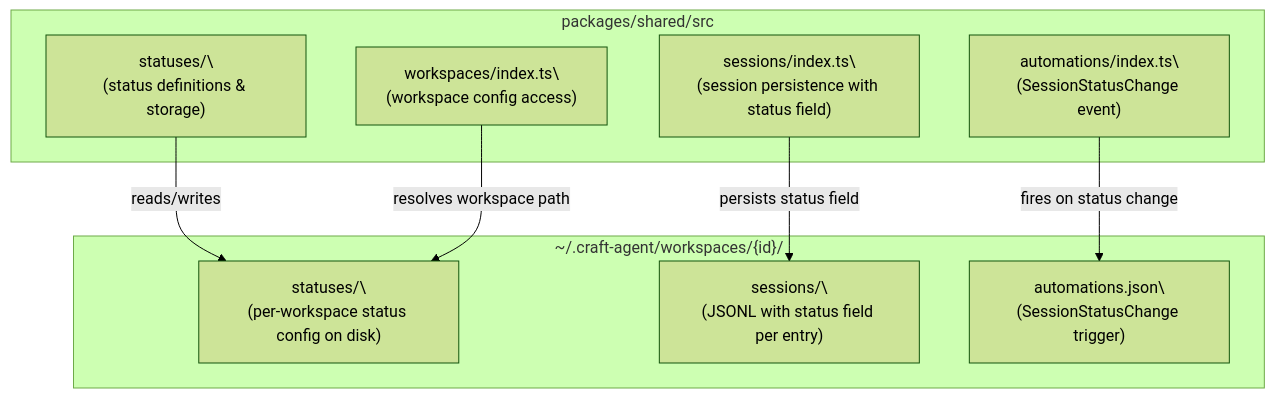
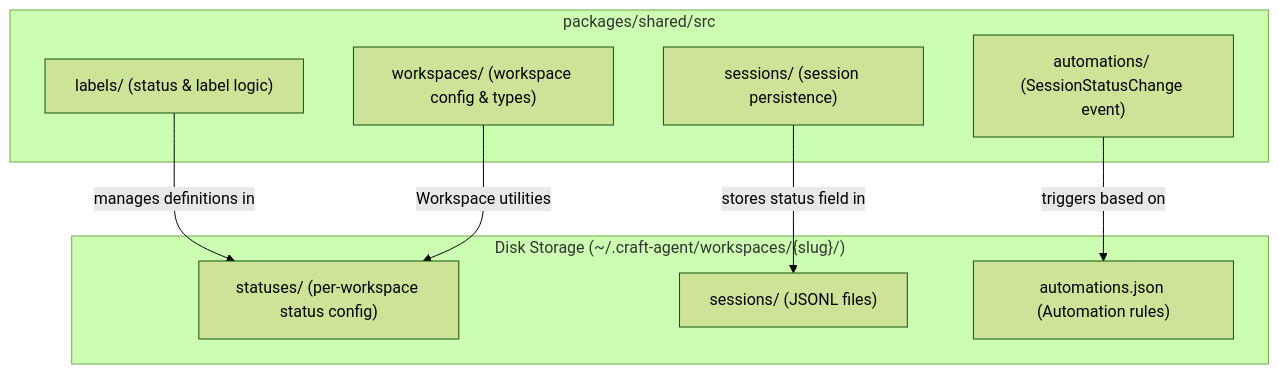
One commit to blackcater/zentree changed the second of 3 diagrams in docs/lukilabs_craft-agents-oss/core-concepts/status-workflow.md. Above: the diagram before and after it, drawn with Mermaid (forest theme). The commit also changed other lines of this file and 232 other files, not shown here.

````diff
--- a/docs/lukilabs_craft-agents-oss/core-concepts/status-workflow.md
+++ b/docs/lukilabs_craft-agents-oss/core-concepts/status-workflow.md
@@ -104,27 +101,20 @@
 ```mermaid
 flowchart TD
     subgraph "packages/shared/src"
-        statuses["statuses/\
-(status definitions & storage)"]
-        sessions["sessions/index.ts\
-(session persistence with status field)"]
-        automations["automations/index.ts\
-(SessionStatusChange event)"]
-        workspaces["workspaces/index.ts\
-(workspace config access)"]
+        labels["labels/ (status & label logic)"]
+        sessions["sessions/ (session persistence)"]
+        automations["automations/ (SessionStatusChange event)"]
+        workspaces["workspaces/ (workspace config & types)"]
     end
 
-    subgraph "~/.craft-agent/workspaces/{id}/"
-        disk_statuses["statuses/\
-(per-workspace status config on disk)"]
-        disk_sessions["sessions/\
-(JSONL with status field per entry)"]
-        disk_automations["automations.json\
-(SessionStatusChange trigger)"]
+    subgraph "Disk Storage (~/.craft-agent/workspaces/{slug}/)"
+        disk_statuses["statuses/ (per-workspace status config)"]
+        disk_sessions["sessions/ (JSONL files)"]
+        disk_automations["automations.json (Automation rules)"]
     end
 
-    statuses -- "reads/writes" --> disk_statuses
-    sessions -- "persists status field" --> disk_sessions
-    automations -- "fires on status change" --> disk_automations
-    workspaces -- "resolves workspace path" --> disk_statuses
+    labels -- "manages definitions in" --> disk_statuses
+    sessions -- "stores status field in" --> disk_sessions
+    automations -- "triggers based on" --> disk_automations
+    workspaces -- "Workspace utilities" --> disk_statuses
 ```
````
